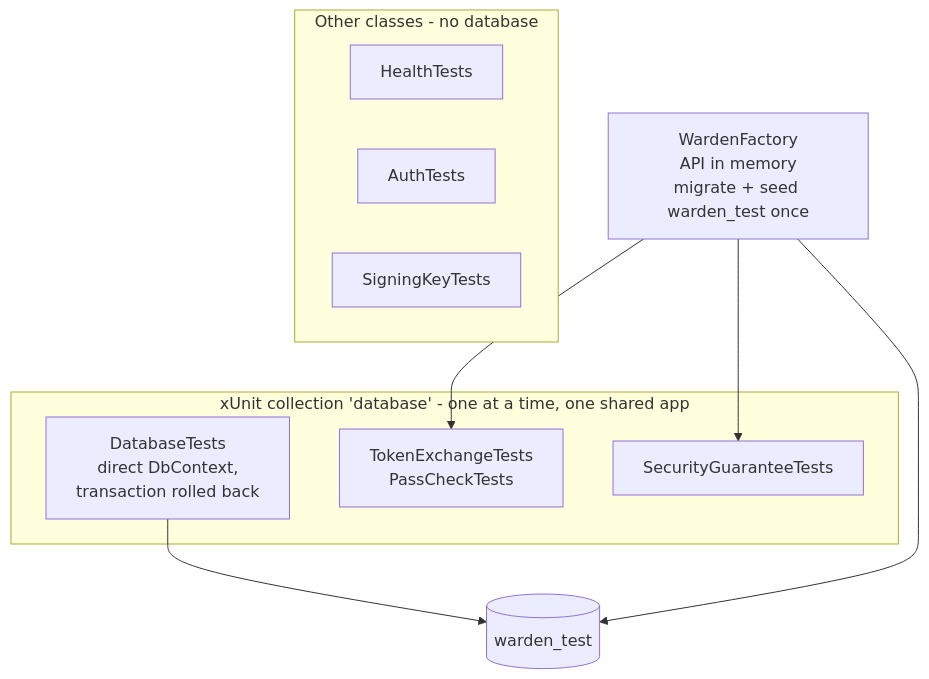
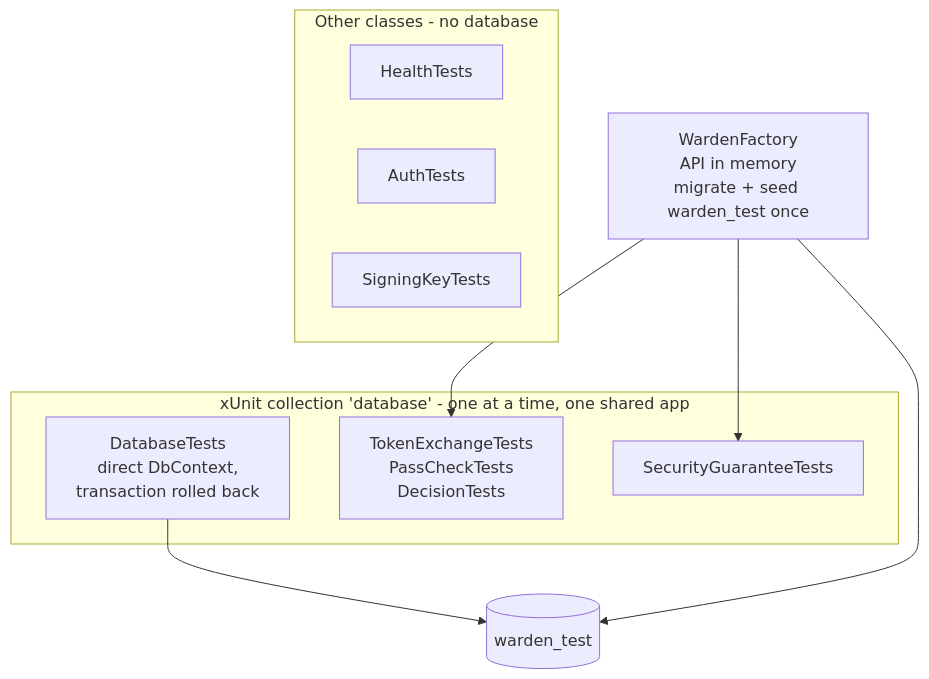
Diagram 14 of 15 in warden/docs/how-it-works.md (musishere/Warden-tickmark), drawn with Mermaid before and after one commit. The commit also changed other lines of this file and 7 other files, not shown here.

````diff
--- a/warden/docs/how-it-works.md
+++ b/warden/docs/how-it-works.md
@@ -405,17 +452,17 @@
 ```mermaid
 flowchart TB
     subgraph Collection["xUnit collection 'database' - one at a time, one shared app"]
         DBT[DatabaseTests<br/>direct DbContext,<br/>transaction rolled back]
-        TET[TokenExchangeTests<br/>PassCheckTests]
+        TET[TokenExchangeTests<br/>PassCheckTests<br/>DecisionTests]
         SGT[SecurityGuaranteeTests]
     end
     F[WardenFactory<br/>API in memory<br/>migrate + seed warden_test once] --> TET
     F --> SGT
     DBT --> TDB[(warden_test)]
     F --> TDB
     subgraph Parallel[Other classes - no database]
         HT[HealthTests]
         AT[AuthTests]
         SK[SigningKeyTests]
     end
 ```
````
